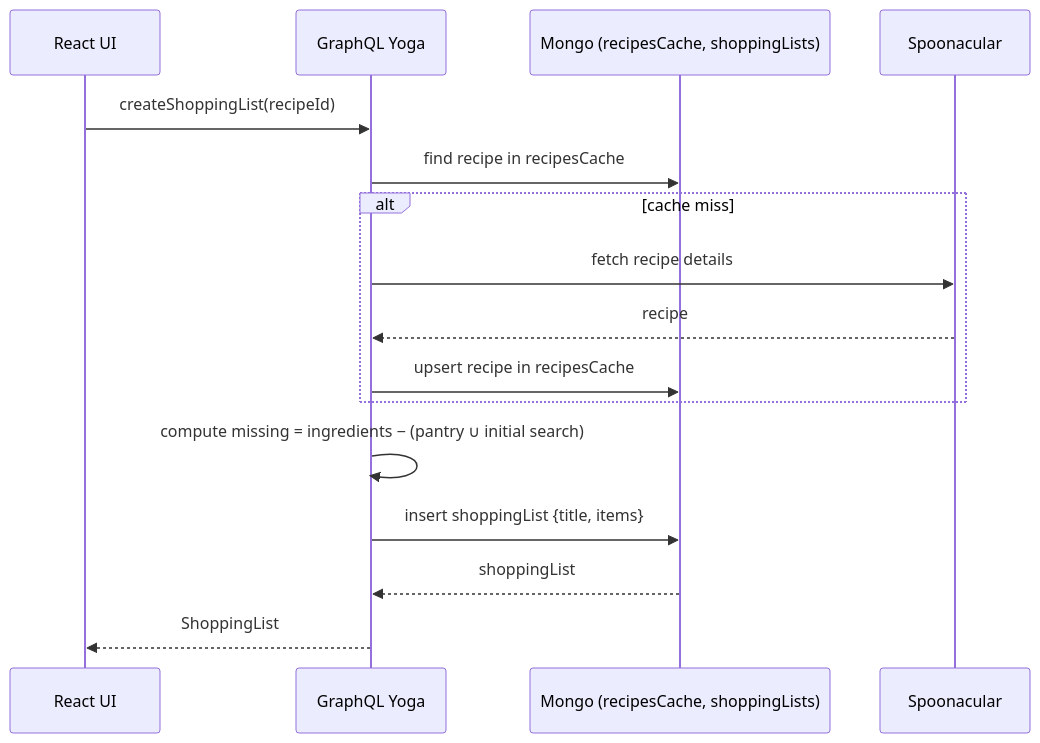
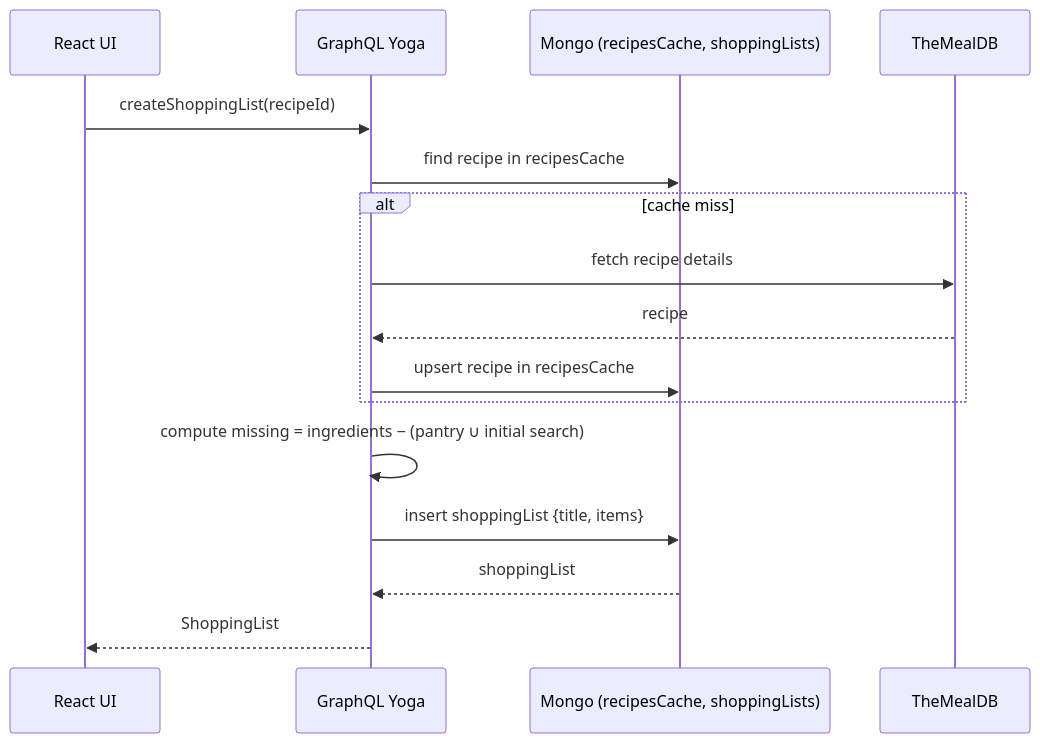
One commit to Nehaenko/meal-prep-app changed the third of 4 diagrams in README.md. Above: the diagram before and after it, drawn with Mermaid. The commit also changed other lines of this file and 13 other files, not shown here.

````diff
--- a/README.md
+++ b/README.md
@@ -70,19 +70,19 @@
 ```mermaid
 sequenceDiagram
   participant UI as React UI
   participant GQL as GraphQL Yoga
   participant Repo as Mongo (recipesCache, shoppingLists)
-  participant Spoon as Spoonacular
+  participant MealDB as TheMealDB
 
   UI->>GQL: createShoppingList(recipeId)
   GQL->>Repo: find recipe in recipesCache
   alt cache miss
-    GQL->>Spoon: fetch recipe details
-    Spoon-->>GQL: recipe
+    GQL->>MealDB: fetch recipe details
+    MealDB-->>GQL: recipe
     GQL->>Repo: upsert recipe in recipesCache
   end
   GQL->>GQL: compute missing = ingredients − (pantry ∪ initial search)
   GQL->>Repo: insert shoppingList {title, items}
   Repo-->>GQL: shoppingList
   GQL-->>UI: ShoppingList
 ```
````
